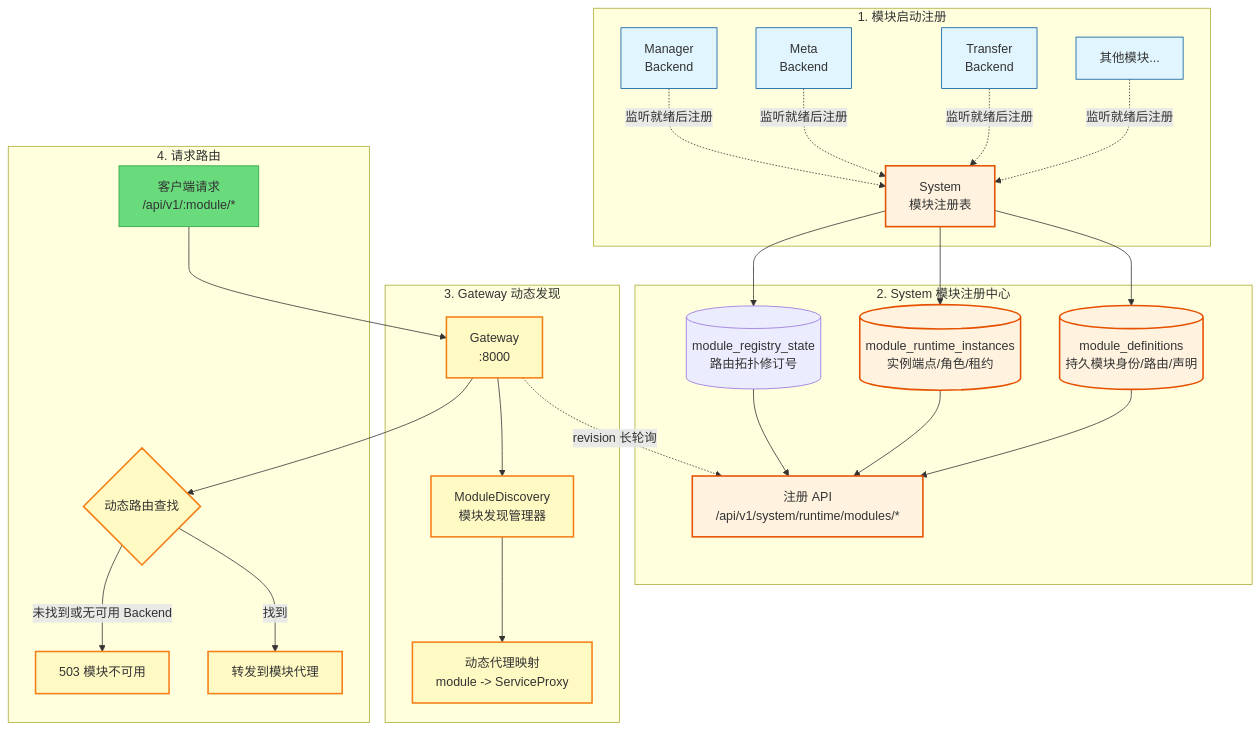
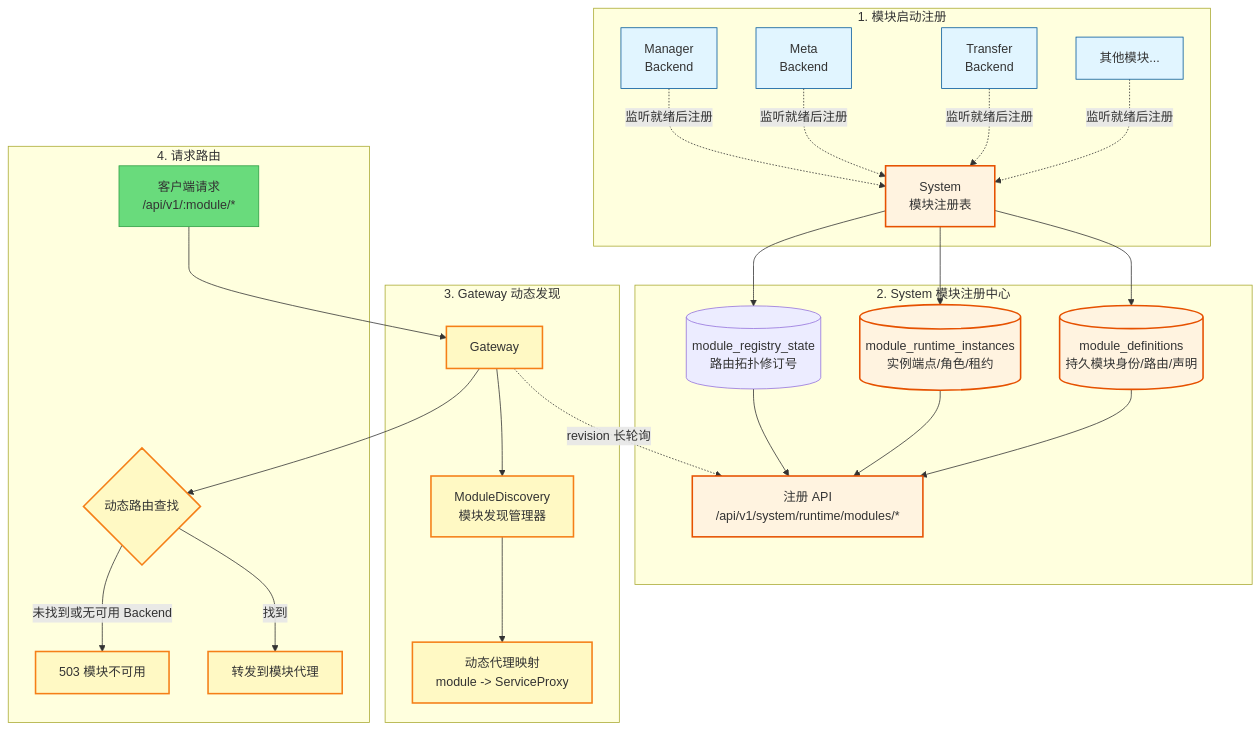
One commit to pampa0629/addp changed the first of 2 diagrams in docs/concepts/modules/Gateway注册与路由.md. Above: the diagram before and after it, drawn with Mermaid. The commit also changed other lines of this file, not shown here.

Commit message:
docs: reference canonical ports from gateway route diagrams

````diff
--- a/docs/concepts/modules/Gateway注册与路由.md
+++ b/docs/concepts/modules/Gateway注册与路由.md
@@ -15,42 +15,42 @@
 ```mermaid
 graph TB
     subgraph "1. 模块启动注册"
         Manager[Manager<br/>Backend] -.监听就绪后注册.-> SystemReg[System<br/>模块注册表]
         Meta[Meta<br/>Backend] -.监听就绪后注册.-> SystemReg
         Transfer[Transfer<br/>Backend] -.监听就绪后注册.-> SystemReg
         Other[其他模块...] -.监听就绪后注册.-> SystemReg
     end
 
     subgraph "2. System 模块注册中心"
         SystemReg --> DefinitionTable[(module_definitions<br/>持久模块身份/路由/声明)]
         SystemReg --> InstanceTable[(module_runtime_instances<br/>实例端点/角色/租约)]
         SystemReg --> RevisionTable[(module_registry_state<br/>路由拓扑修订号)]
         DefinitionTable --> RegAPI[注册 API<br/>/api/v1/system/runtime/modules/*]
         InstanceTable --> RegAPI
         RevisionTable --> RegAPI
     end
 
     subgraph "3. Gateway 动态发现"
-        Gateway[Gateway<br/>:8000] -.revision 长轮询.-> RegAPI
+        Gateway[Gateway] -.revision 长轮询.-> RegAPI
         Gateway --> Discovery[ModuleDiscovery<br/>模块发现管理器]
         Discovery --> Proxies[动态代理映射<br/>module -> ServiceProxy]
     end
 
     subgraph "4. 请求路由"
         Client[客户端请求<br/>/api/v1/:module/*] --> Gateway
         Gateway --> DynamicRoute{动态路由查找}
         DynamicRoute -->|找到| Forward[转发到模块代理]
         DynamicRoute -->|未找到或无可用 Backend| Unavailable[503 模块不可用]
     end
 
     classDef backend fill:#e1f5ff,stroke:#01579b
     classDef system fill:#fff3e0,stroke:#e65100,stroke-width:2px
     classDef gateway fill:#fff9c4,stroke:#f57f17,stroke-width:2px
     classDef client fill:#69db7c,stroke:#2f9e44
     classDef infra fill:#fce4ec,stroke:#880e4f
 
     class Manager,Meta,Transfer,Other backend
     class SystemReg,DefinitionTable,InstanceTable,RegAPI system
     class Gateway,Discovery,Proxies,DynamicRoute,Forward,Unavailable gateway
     class Client client
 ```
````
